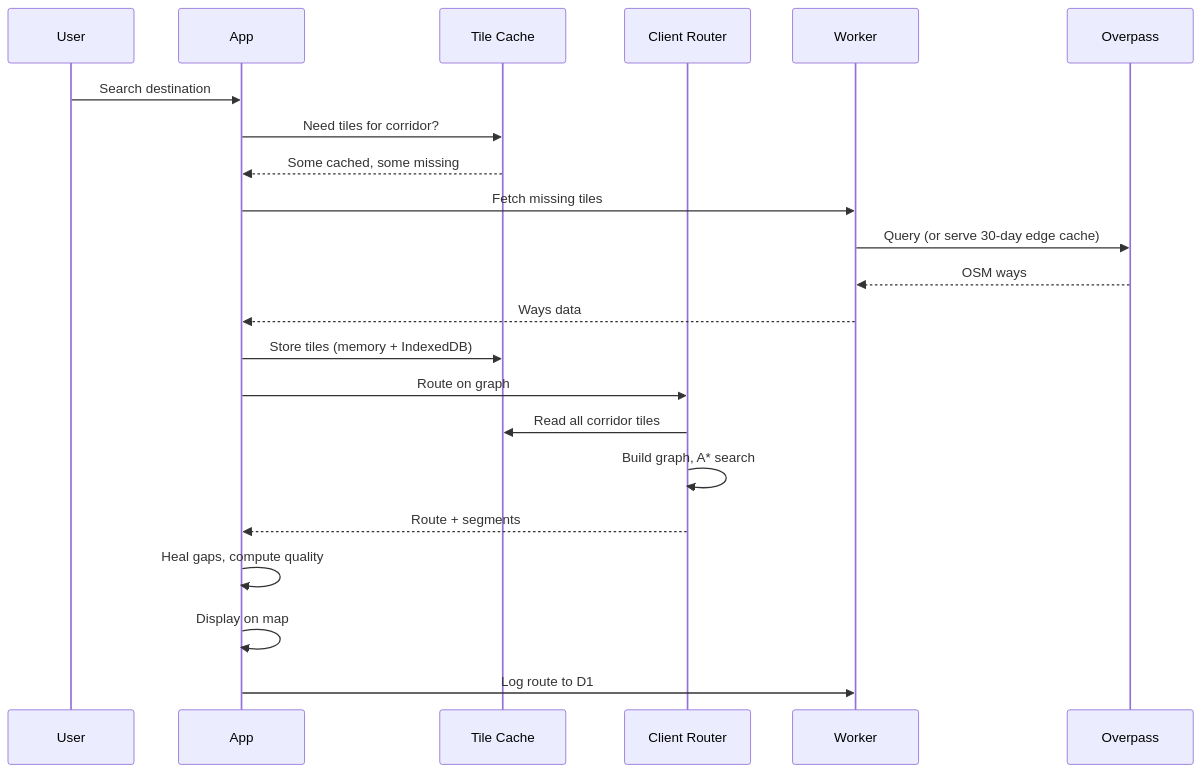
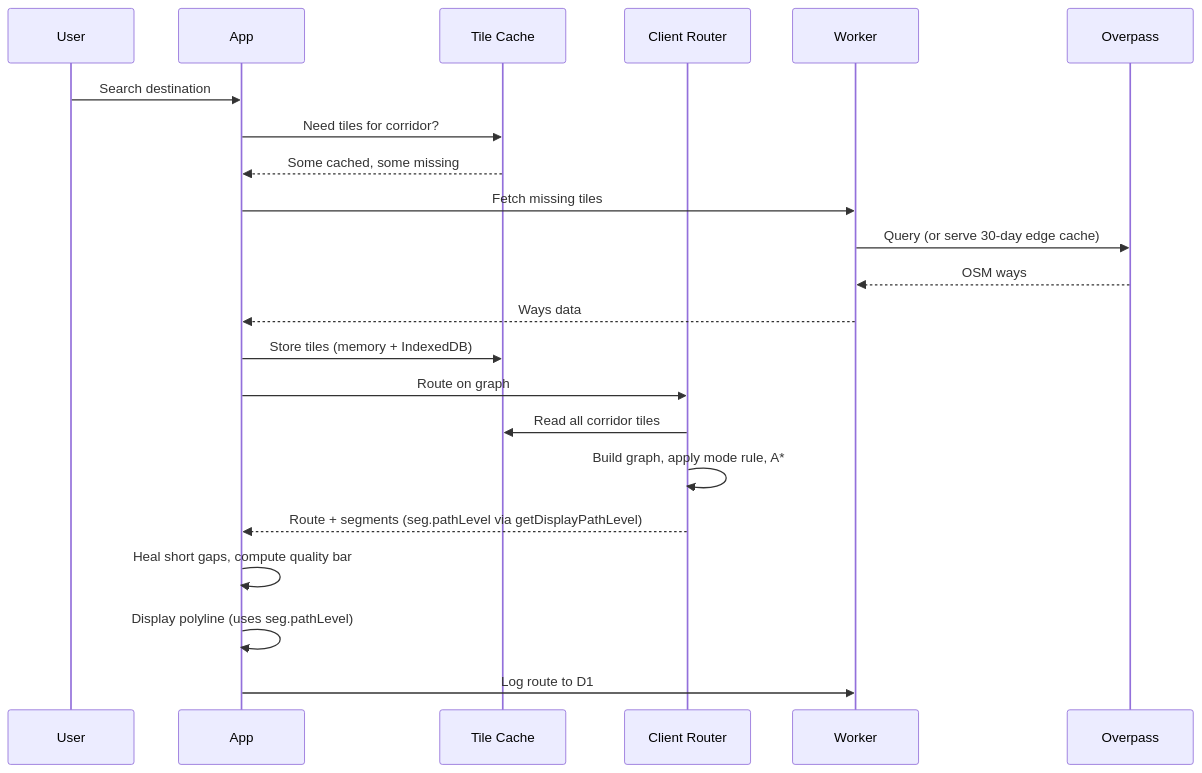
Before and after one commit to fryanpan/bike-route-finder: the fifth of 5 diagrams in docs/product/architecture.md, drawn with Mermaid. The commit also changed other lines of this file, not shown here.

````diff
--- a/docs/product/architecture.md
+++ b/docs/product/architecture.md
@@ -86,25 +211,25 @@
 ```mermaid
 sequenceDiagram
     participant User
     participant App
     participant Cache as Tile Cache
     participant Router as Client Router
     participant Worker
     participant Overpass
 
     User->>App: Search destination
     App->>Cache: Need tiles for corridor?
     Cache-->>App: Some cached, some missing
     App->>Worker: Fetch missing tiles
     Worker->>Overpass: Query (or serve 30-day edge cache)
     Overpass-->>Worker: OSM ways
     Worker-->>App: Ways data
     App->>Cache: Store tiles (memory + IndexedDB)
     App->>Router: Route on graph
     Router->>Cache: Read all corridor tiles
-    Router->>Router: Build graph, A* search
-    Router-->>App: Route + segments
-    App->>App: Heal gaps, compute quality
-    App->>App: Display on map
+    Router->>Router: Build graph, apply mode rule, A*
+    Router-->>App: Route + segments (seg.pathLevel via getDisplayPathLevel)
+    App->>App: Heal short gaps, compute quality bar
+    App->>App: Display polyline (uses seg.pathLevel)
     App->>Worker: Log route to D1
 ```
````
